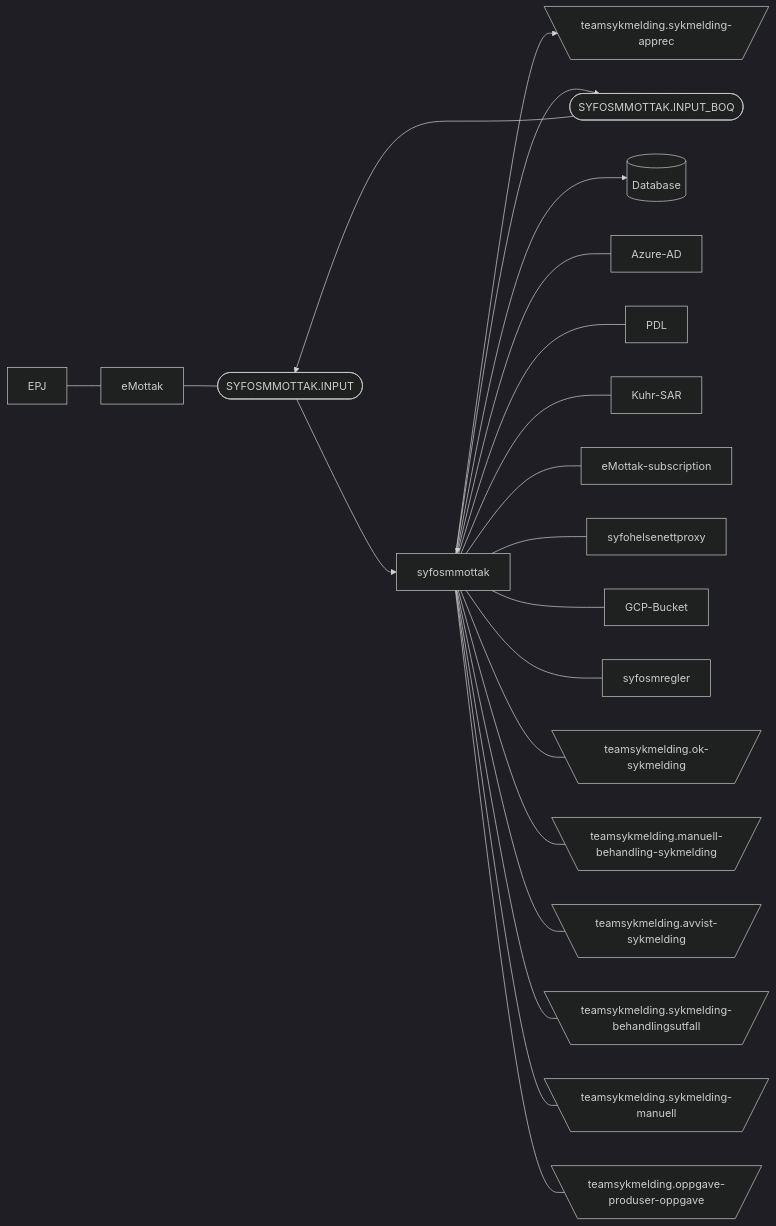
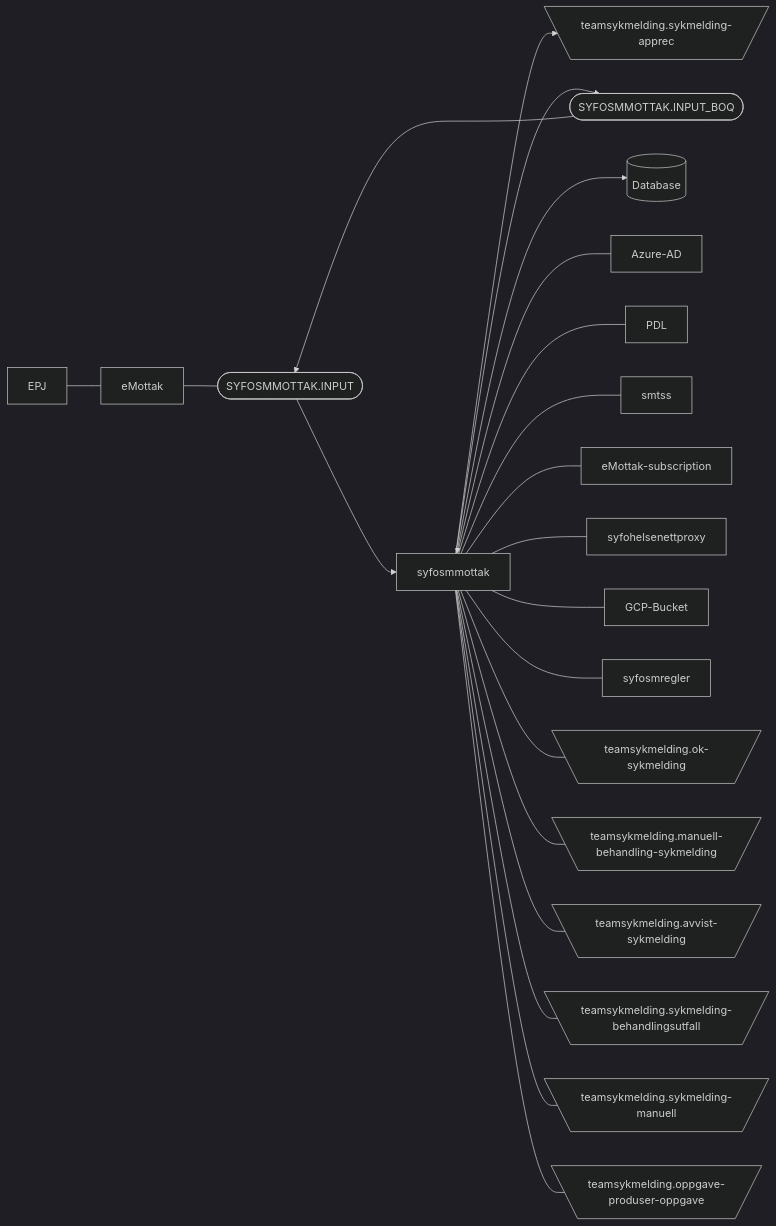
The diagram in README.md (navikt/syfosmmottak), drawn with Mermaid (dark theme) before and after one commit. The commit also changed 18 other files, not shown here.

````diff
--- a/README.md
+++ b/README.md
@@ -20,24 +20,24 @@
 ```mermaid
   graph LR
         
       EPJ --- eMottak
       eMottak --- id1([SYFOSMMOTTAK.INPUT])
       id1([MQ queue: SYFOSMMOTTAK.INPUT]) --> syfosmmottak
       syfosmmottak --> B[\teamsykmelding.sykmelding-apprec/]
       syfosmmottak --> id2([SYFOSMMOTTAK.INPUT_BOQ])
       id2([SYFOSMMOTTAK.INPUT_BOQ]) --> id1([SYFOSMMOTTAK.INPUT])
       syfosmmottak <--> id3[(Database)]
       syfosmmottak --- Azure-AD
       syfosmmottak --- PDL
-      syfosmmottak --- Kuhr-SAR
+      syfosmmottak --- smtss
       syfosmmottak --- eMottak-subscription
       syfosmmottak --- syfohelsenettproxy
       syfosmmottak --- GCP-Bucket
       syfosmmottak --- syfosmregler
       syfosmmottak --- C[\teamsykmelding.ok-sykmelding/]
       syfosmmottak --- D[\teamsykmelding.manuell-behandling-sykmelding/]
       syfosmmottak --- E[\teamsykmelding.avvist-sykmelding/]
       syfosmmottak --- F[\teamsykmelding.sykmelding-behandlingsutfall/]
       syfosmmottak --- G[\teamsykmelding.sykmelding-manuell/]
       syfosmmottak --- H[\teamsykmelding.oppgave-produser-oppgave/];
 ```
````
